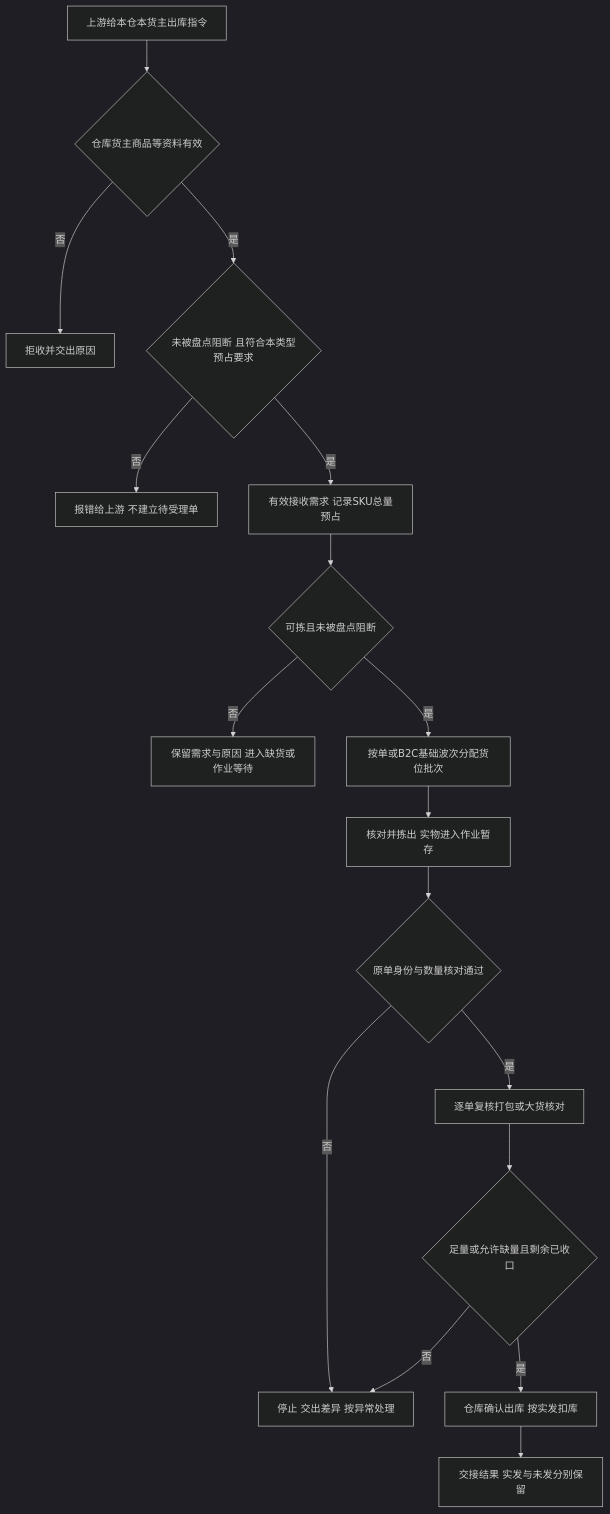
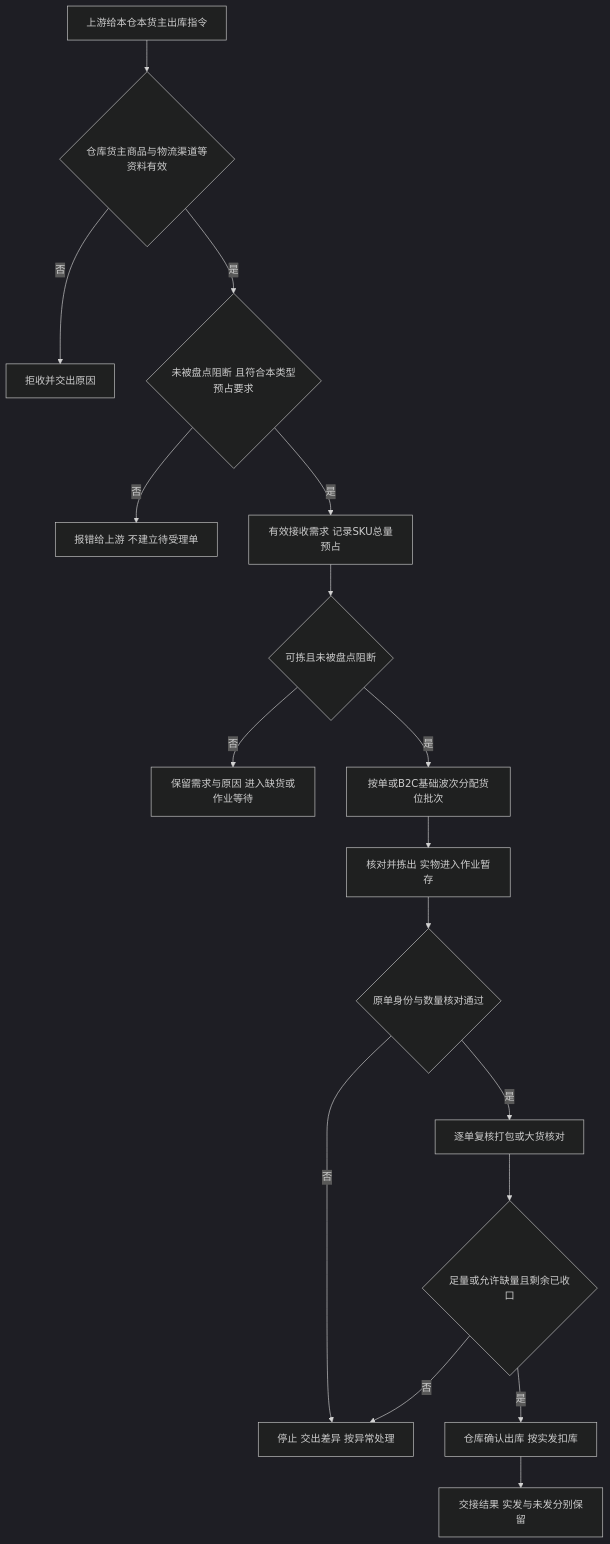
The diagram in 04-业务分析和设计/03-出库业务设计.md (TopVitamin/QS-WMS-Project), drawn with Mermaid (dark theme) before and after one commit. The commit also changed other lines of this file and 63 other files, not shown here.

````diff
--- a/04-业务分析和设计/03-出库业务设计.md
+++ b/04-业务分析和设计/03-出库业务设计.md
@@ -92,19 +94,19 @@
 ```mermaid
 flowchart TD
-    A[上游给本仓本货主出库指令] --> B{仓库货主商品等资料有效}
+    A[上游给本仓本货主出库指令] --> B{仓库货主商品与物流渠道等资料有效}
     B -->|否| C[拒收并交出原因]
     B -->|是| D{未被盘点阻断 且符合本类型预占要求}
     D -->|否| R[报错给上游 不建立待受理单]
     D -->|是| S[有效接收需求 记录SKU总量预占]
     S --> E{可拣且未被盘点阻断}
     E -->|否| F[保留需求与原因 进入缺货或作业等待]
     E -->|是| G[按单或B2C基础波次分配货位批次]
     G --> H[核对并拣出 实物进入作业暂存]
     H --> I{原单身份与数量核对通过}
     I -->|否| J[停止 交出差异 按异常处理]
     I -->|是| K[逐单复核打包或大货核对]
     K --> L{足量或允许缺量且剩余已收口}
     L -->|否| J
     L -->|是| M[仓库确认出库 按实发扣库]
     M --> N[交接结果 实发与未发分别保留]
 ```
````
